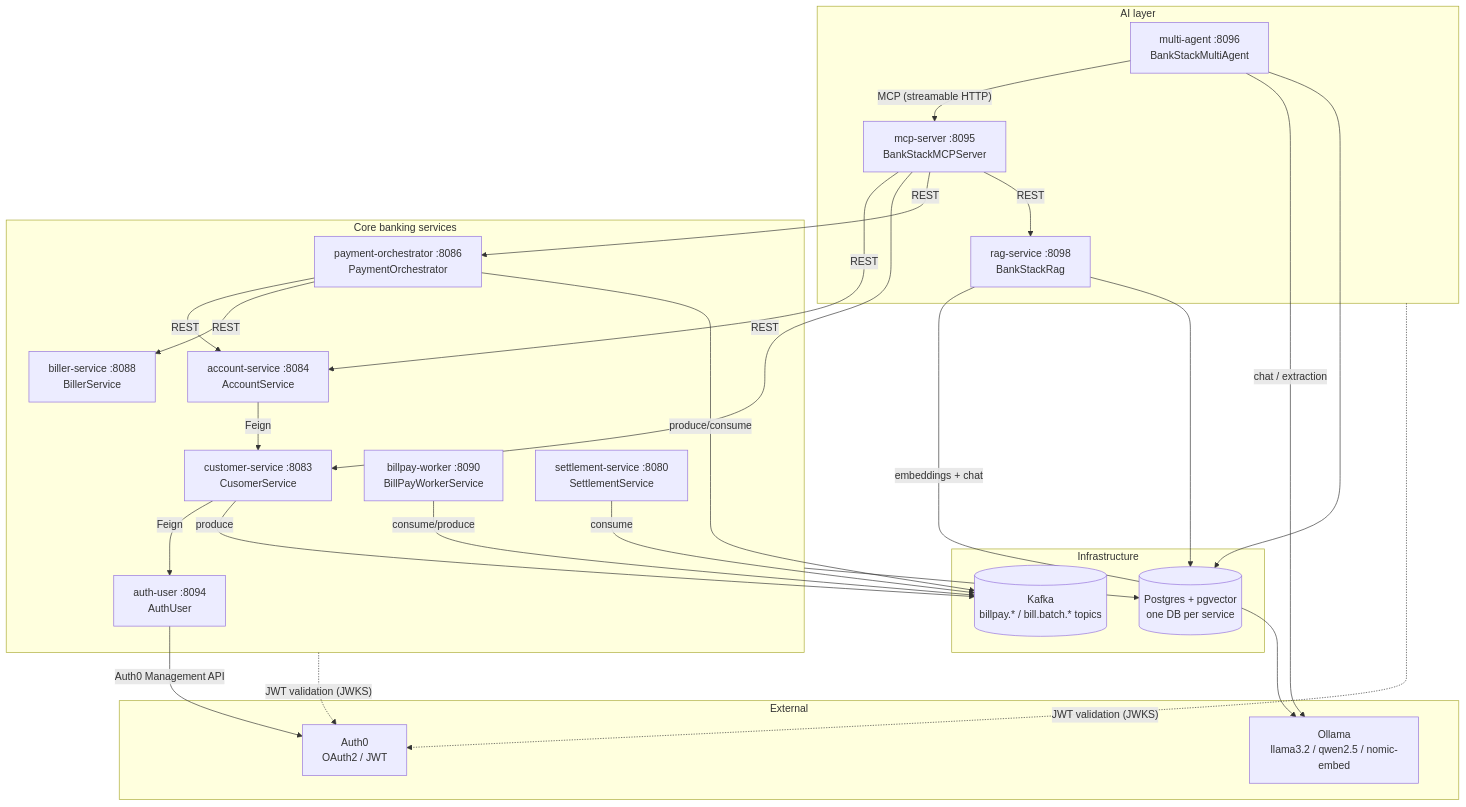
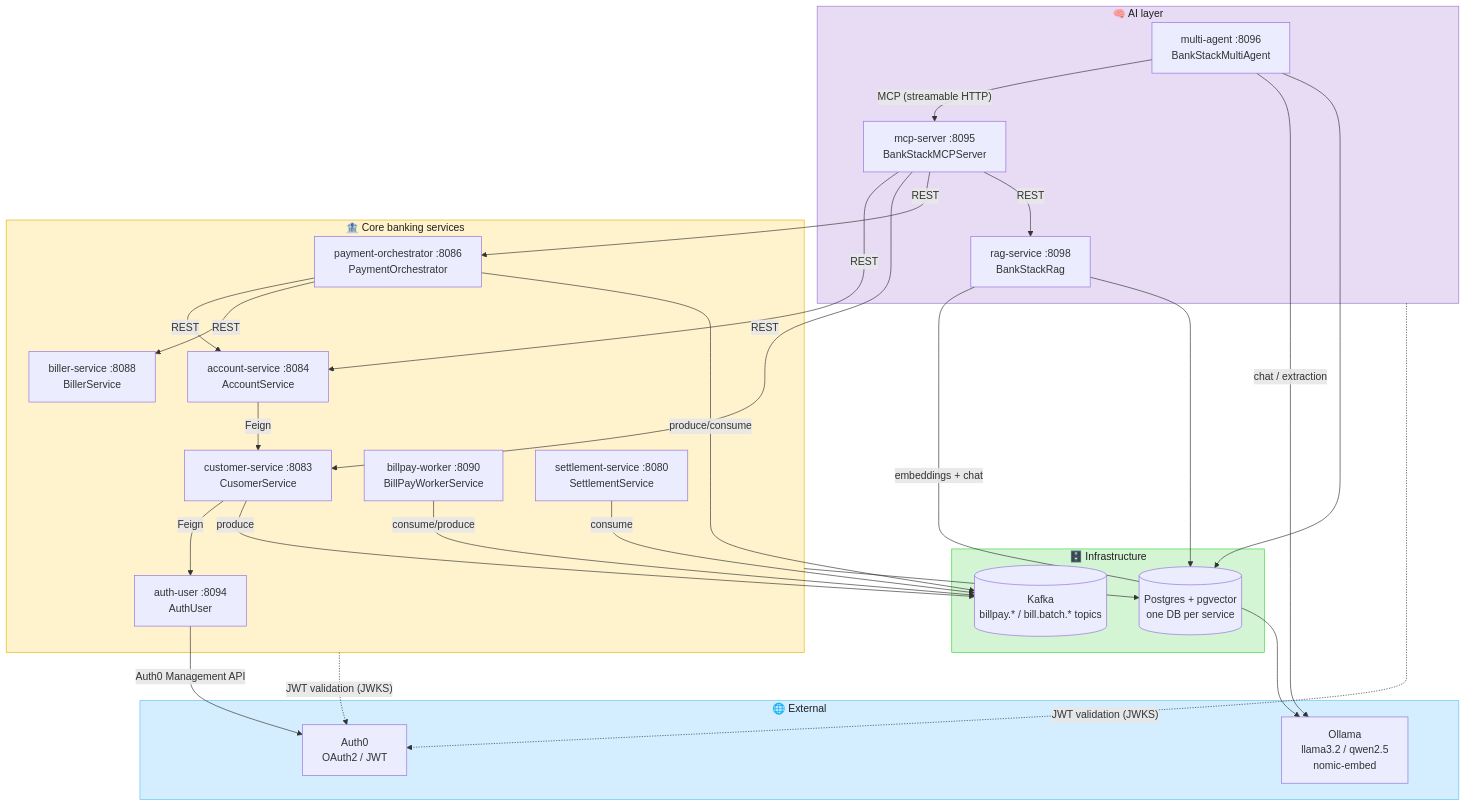
Before and after one commit to jclin0311/BankStackAI: the diagram in README.md, drawn with Mermaid. The commit also changed other lines of this file and 4 other files, not shown here.

````diff
--- a/README.md
+++ b/README.md
@@ -17,54 +17,59 @@
 ```mermaid
 flowchart TB
-    subgraph External
-        AUTH0[Auth0<br/>OAuth2 / JWT]
-        OLLAMA[Ollama<br/>llama3.2 / qwen2.5 / nomic-embed]
+    subgraph External["🌐 External"]
+        AUTH0["Auth0<br/>OAuth2 / JWT"]
+        OLLAMA["Ollama<br/>llama3.2 / qwen2.5<br/>nomic-embed"]
     end
 
-    subgraph AI["AI layer"]
-        AGENT[multi-agent :8096<br/>BankStackMultiAgent]
-        MCP[mcp-server :8095<br/>BankStackMCPServer]
-        RAG[rag-service :8098<br/>BankStackRag]
+    subgraph AI["🧠 AI layer"]
+        AGENT["multi-agent :8096<br/>BankStackMultiAgent"]
+        MCP["mcp-server :8095<br/>BankStackMCPServer"]
+        RAG["rag-service :8098<br/>BankStackRag"]
     end
 
-    subgraph Core["Core banking services"]
-        AUTHU[auth-user :8094<br/>AuthUser]
-        CUST[customer-service :8083<br/>CusomerService]
-        ACCT[account-service :8084<br/>AccountService]
-        PAY[payment-orchestrator :8086<br/>PaymentOrchestrator]
-        BILLER[biller-service :8088<br/>BillerService]
-        WORKER[billpay-worker :8090<br/>BillPayWorkerService]
-        SETTLE[settlement-service :8080<br/>SettlementService]
+    subgraph Core["🏦 Core banking services"]
+        AUTHU["auth-user :8094<br/>AuthUser"]
+        CUST["customer-service :8083<br/>CusomerService"]
+        ACCT["account-service :8084<br/>AccountService"]
+        PAY["payment-orchestrator :8086<br/>PaymentOrchestrator"]
+        BILLER["biller-service :8088<br/>BillerService"]
+        WORKER["billpay-worker :8090<br/>BillPayWorkerService"]
+        SETTLE["settlement-service :8080<br/>SettlementService"]
     end
 
-    subgraph Infra["Infrastructure"]
-        KAFKA[(Kafka<br/>billpay.* / bill.batch.* topics)]
-        PG[(Postgres + pgvector<br/>one DB per service)]
+    subgraph Infra["🗄️ Infrastructure"]
+        KAFKA[("Kafka<br/>billpay.* / bill.batch.* topics")]
+        PG[("Postgres + pgvector<br/>one DB per service")]
     end
 
-    AGENT -- "MCP (streamable HTTP)" --> MCP
-    AGENT -- chat / extraction --> OLLAMA
-    RAG -- embeddings + chat --> OLLAMA
-    MCP -- REST --> ACCT
-    MCP -- REST --> CUST
-    MCP -- REST --> PAY
-    MCP -- REST --> RAG
+    AGENT -->|"MCP (streamable HTTP)"| MCP
+    AGENT -->|"chat / extraction"| OLLAMA
+    RAG -->|"embeddings + chat"| OLLAMA
+    MCP -->|REST| ACCT
+    MCP -->|REST| CUST
+    MCP -->|REST| PAY
+    MCP -->|REST| RAG
 
-    AUTHU -- "Auth0 Management API" --> AUTH0
-    CUST -- Feign --> AUTHU
-    ACCT -- Feign --> CUST
-    PAY -- REST --> ACCT
-    PAY -- REST --> BILLER
+    AUTHU -->|"Auth0 Management API"| AUTH0
+    CUST -->|Feign| AUTHU
+    ACCT -->|Feign| CUST
+    PAY -->|REST| ACCT
+    PAY -->|REST| BILLER
 
-    PAY -- produce/consume --> KAFKA
-    WORKER -- consume/produce --> KAFKA
-    SETTLE -- consume --> KAFKA
-    CUST -- produce --> KAFKA
+    PAY -->|"produce/consume"| KAFKA
+    WORKER -->|"consume/produce"| KAFKA
+    SETTLE -->|consume| KAFKA
+    CUST -->|produce| KAFKA
 
     Core --> PG
     RAG --> PG
     AGENT --> PG
 
-    Core -. "JWT validation (JWKS)" .-> AUTH0
-    AI -. "JWT validation (JWKS)" .-> AUTH0
+    Core -.->|"JWT validation (JWKS)"| AUTH0
+    AI -.->|"JWT validation (JWKS)"| AUTH0
+
+    style External fill:#d4eeff,stroke:#63c0f5,color:#1e1e1e
+    style AI fill:#e8dcf4,stroke:#9f77cd,color:#1e1e1e
+    style Core fill:#fff3cd,stroke:#e9b306,color:#1e1e1e
+    style Infra fill:#d4f5d4,stroke:#3fd73c,color:#1e1e1e
 ```
````
